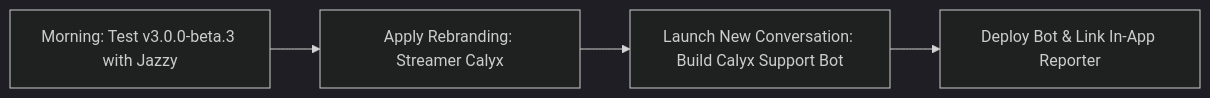
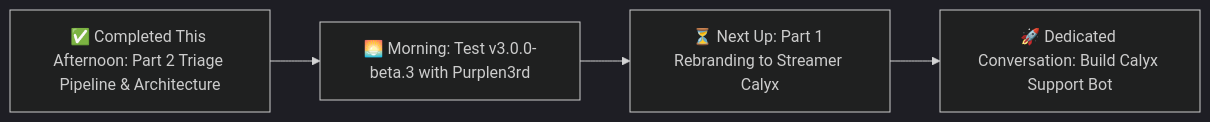
The diagram in agent-plan.md (thawizanator/hotkey-overlay-alert), drawn with Mermaid (dark theme) before and after one commit. The commit also changed other lines of this file and 13 other files, not shown here.

Commit message:
feat(rebrand): transition app identity to Streamer Calyx and close Phase 4.2

````diff
--- a/agent-plan.md
+++ b/agent-plan.md
@@ -301,6 +304,6 @@
 ```mermaid
 graph LR
-    A["Morning: Test v3.0.0-beta.3 with Jazzy"] --> B["Apply Rebranding: Streamer Calyx"]
-    B --> C["Launch New Conversation: Build Calyx Support Bot"]
-    C --> D["Deploy Bot & Link In-App Reporter"]
+    A["✅ Completed This Afternoon: Part 2 Triage Pipeline & Architecture"] --> B["🌅 Morning: Test v3.0.0-beta.3 with Purplen3rd"]
+    B --> C["⏳ Next Up: Part 1 Rebranding to Streamer Calyx"]
+    C --> D["🚀 Dedicated Conversation: Build Calyx Support Bot"]
 ```
````
